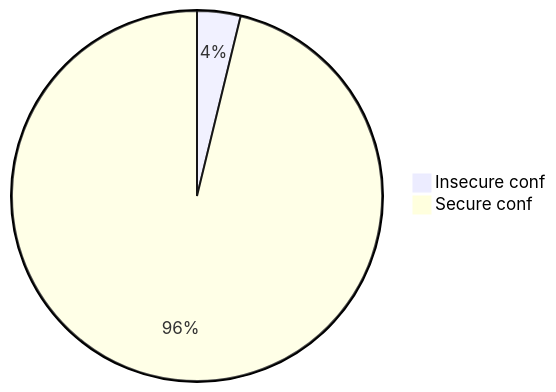
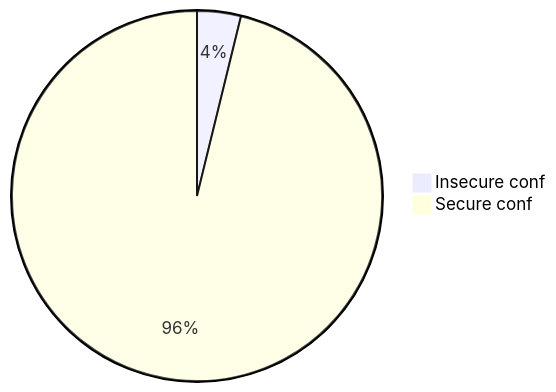
Before and after one commit to oshp/oshp-stats: diagram 20 of 22 in stats.md, drawn with Mermaid. The commit also changed other lines of this file, not shown here.

````diff
--- a/stats.md
+++ b/stats.md
@@ -240,6 +240,6 @@
 ```mermaid
 pie
-	"Insecure conf" : 3.79
-	"Secure conf" : 96.21
+	"Insecure conf" : 3.82
+	"Secure conf" : 96.18
 
 ```
````
